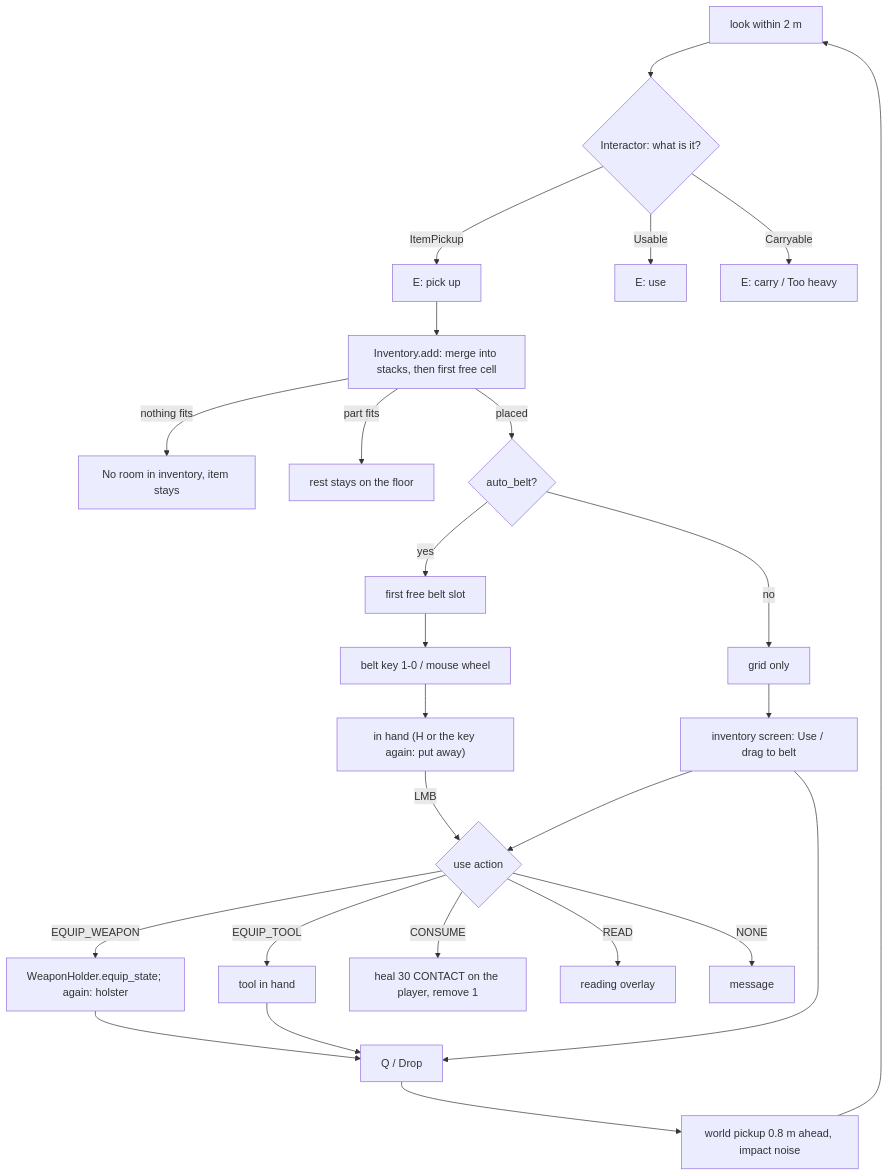
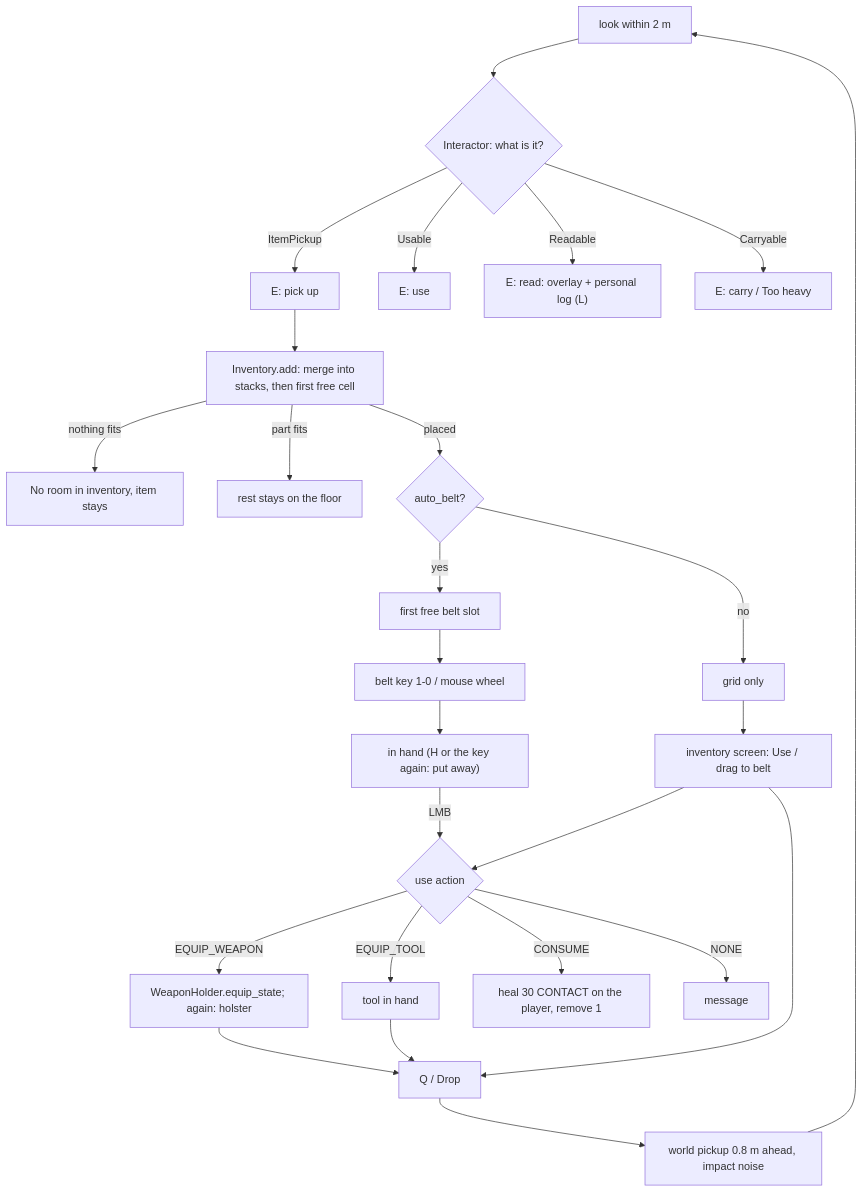
The diagram in design/game/inventory.md (matts2cant/im-sim-proto), drawn with Mermaid before and after one commit. The commit also changed other lines of this file and 60 other files, not shown here.

First line of the commit message:
Datapads read in place into a personal log; L opens the log screen (ADR 0060)

````diff
--- a/design/game/inventory.md
+++ b/design/game/inventory.md
@@ -105,28 +112,28 @@
 ```mermaid
 flowchart TD
     L["look within 2 m"] --> I{"Interactor: what is it?"}
     I -->|ItemPickup| P["E: pick up"]
     I -->|Usable| U["E: use"]
+    I -->|Readable| RD["E: read: overlay + personal log (L)"]
     I -->|Carryable| C["E: carry / Too heavy"]
     P --> A["Inventory.add: merge into stacks, then first free cell"]
     A -->|nothing fits| R["No room in inventory, item stays"]
     A -->|part fits| S["rest stays on the floor"]
     A -->|placed| B{"auto_belt?"}
     B -->|yes| BS["first free belt slot"]
     B -->|no| G["grid only"]
     BS --> K["belt key 1-0 / mouse wheel"]
     G --> M["inventory screen: Use / drag to belt"]
     K --> HD["in hand (H or the key again: put away)"]
     HD -->|LMB| X{"use action"}
     M --> X
     X -->|EQUIP_WEAPON| W["WeaponHolder.equip_state; again: holster"]
     X -->|EQUIP_TOOL| T["tool in hand"]
     X -->|CONSUME| H["heal 30 CONTACT on the player, remove 1"]
-    X -->|READ| D["reading overlay"]
     X -->|NONE| N["message"]
     W --> Q["Q / Drop"]
     T --> Q
     M --> Q
     Q --> O["world pickup 0.8 m ahead, impact noise"]
     O --> L
 ```
````
